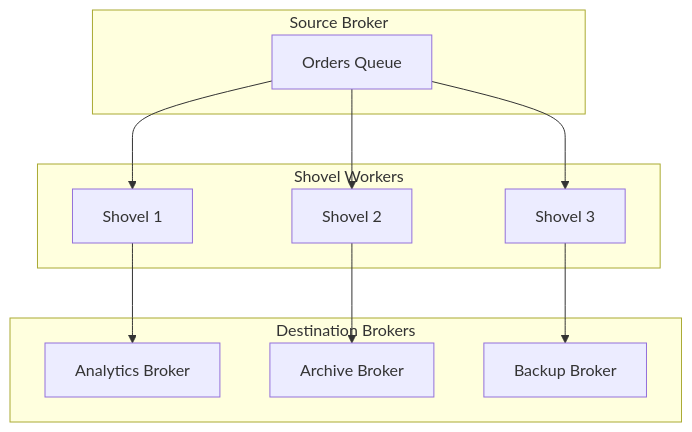
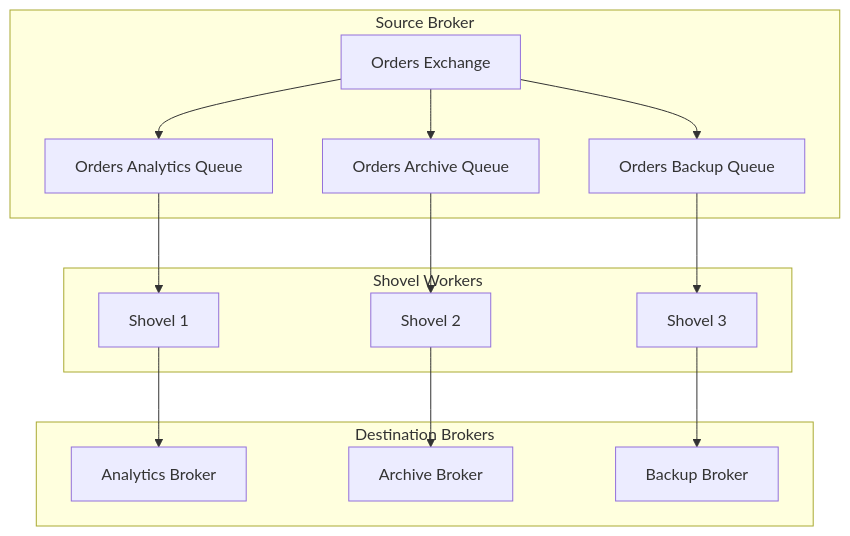
The second of 3 diagrams in posts/2026-01-24-configure-rabbitmq-shovel-plugin/README.md (OneUptime/blog), drawn with Mermaid before and after one commit. The commit also changed other lines of this file and 4262 other files, not shown here.

````diff
--- a/posts/2026-01-24-configure-rabbitmq-shovel-plugin/README.md
+++ b/posts/2026-01-24-configure-rabbitmq-shovel-plugin/README.md
@@ -187,25 +188,28 @@
 ```mermaid
 flowchart TD
     subgraph Source["Source Broker"]
-        SQ[Orders Queue]
+        EX[Orders Exchange]
+        SQ1[Orders Analytics Queue]
+        SQ2[Orders Archive Queue]
+        SQ3[Orders Backup Queue]
     end
 
     subgraph Shovels["Shovel Workers"]
         S1[Shovel 1]
         S2[Shovel 2]
         S3[Shovel 3]
     end
 
     subgraph Destinations["Destination Brokers"]
         D1[Analytics Broker]
         D2[Archive Broker]
         D3[Backup Broker]
     end
 
-    SQ --> S1
-    SQ --> S2
-    SQ --> S3
+    EX --> SQ1 --> S1
+    EX --> SQ2 --> S2
+    EX --> SQ3 --> S3
     S1 --> D1
     S2 --> D2
     S3 --> D3
 ```
````
